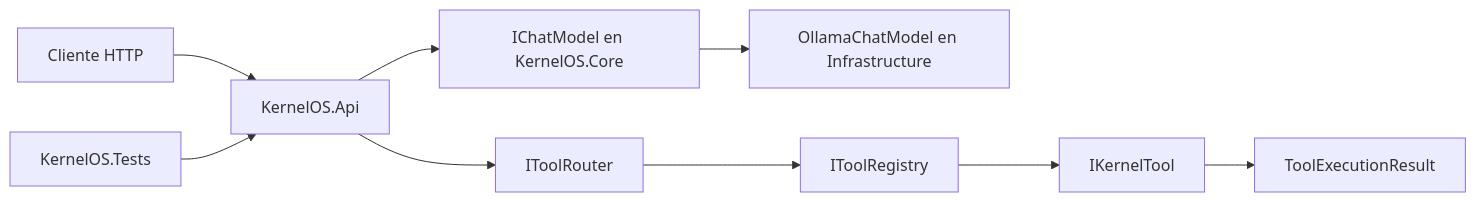
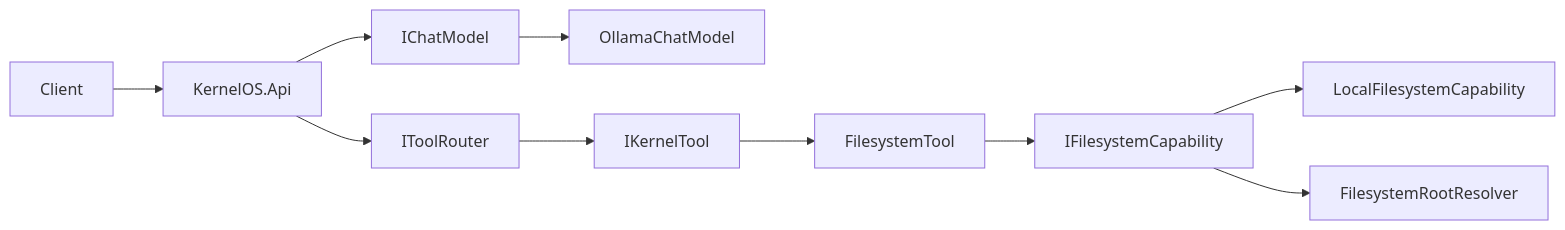
Before and after one commit to Mcflurryman/KernelOS: the diagram in docs/architecture/overview.md, drawn with Mermaid. The commit also changed other lines of this file and 30 other files, not shown here.

````diff
--- a/docs/architecture/overview.md
+++ b/docs/architecture/overview.md
@@ -9,11 +5,12 @@
 ```mermaid
 flowchart LR
-  CLIENTE[Cliente HTTP] --> API[KernelOS.Api]
-  API --> CHAT[IChatModel en KernelOS.Core]
-  CHAT --> OLLAMA[OllamaChatModel en Infrastructure]
-  API --> ROUTER[IToolRouter]
-  ROUTER --> REGISTRY[IToolRegistry]
-  REGISTRY --> TOOLS[IKernelTool]
-  TOOLS --> RESULT[ToolExecutionResult]
-  TESTS[KernelOS.Tests] --> API
+  Client --> Api[KernelOS.Api]
+  Api --> Chat[IChatModel]
+  Chat --> Ollama[OllamaChatModel]
+  Api --> Router[IToolRouter]
+  Router --> Tools[IKernelTool]
+  Tools --> FsTool[FilesystemTool]
+  FsTool --> FsCapability[IFilesystemCapability]
+  FsCapability --> LocalFs[LocalFilesystemCapability]
+  FsCapability --> Roots[FilesystemRootResolver]
 ```
````
